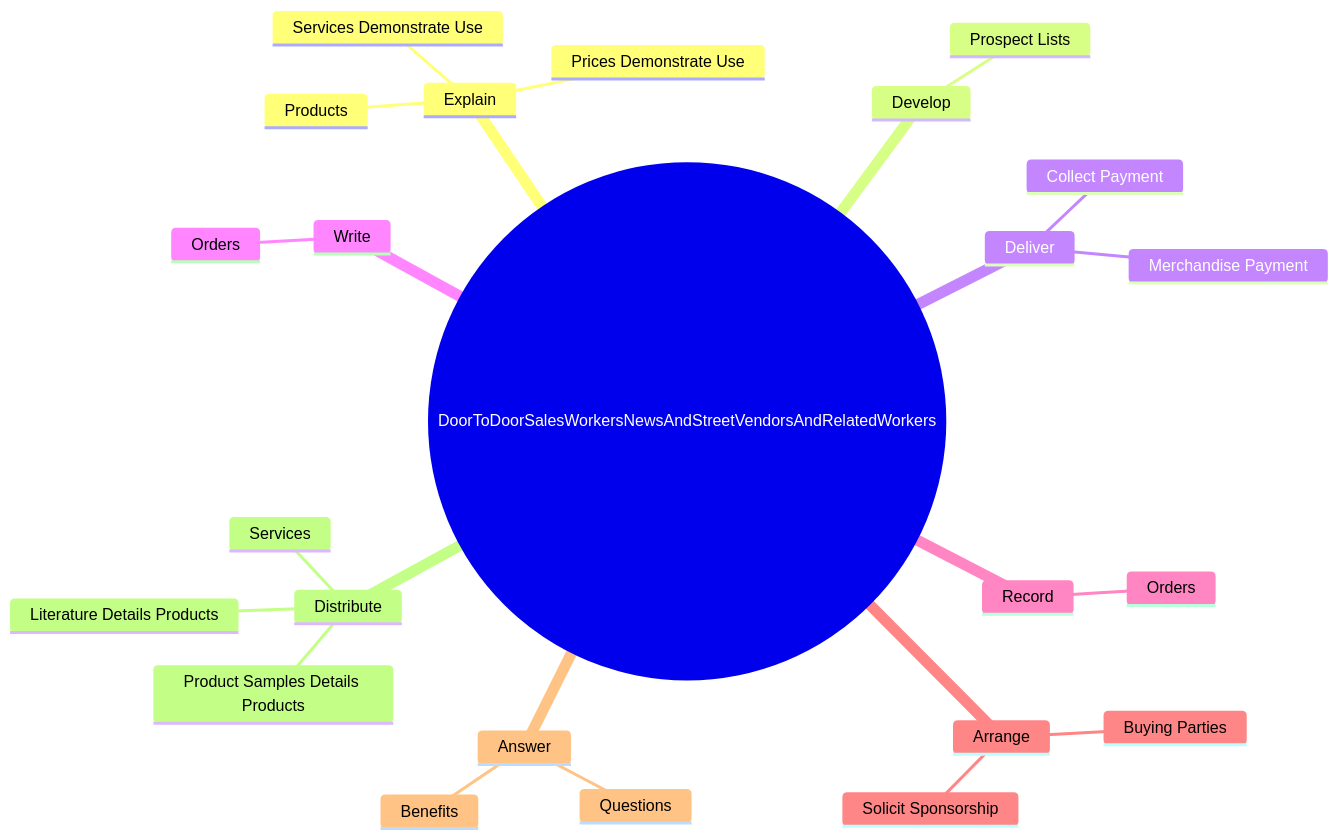
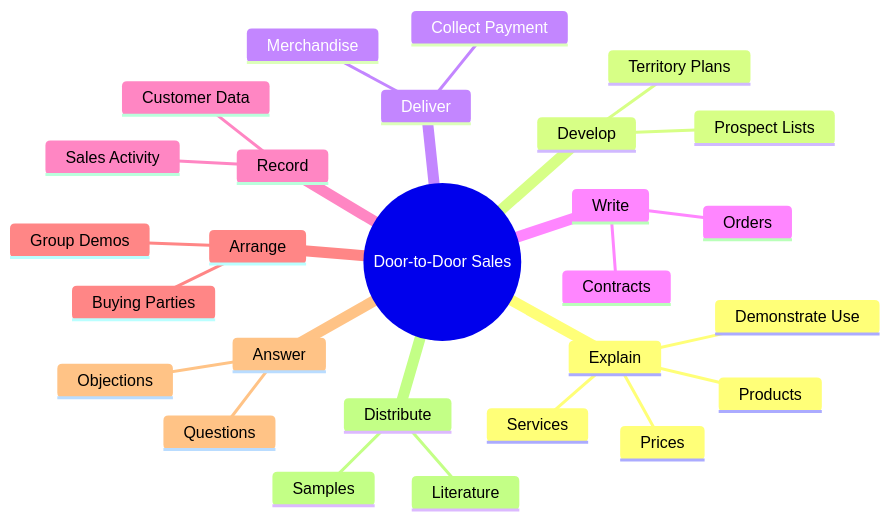
One commit to kziemski/business.org.ai changed the second of 4 diagrams in occupations/Sales/DoorToDoorSalesWorkersNewsAndStreetVendorsAndRelatedWorkers.mdx. Above: the diagram before and after it, drawn with Mermaid. The commit also changed other lines of this file and 938 other files, not shown here.

````diff
--- a/occupations/Sales/DoorToDoorSalesWorkersNewsAndStreetVendorsAndRelatedWorkers.mdx
+++ b/occupations/Sales/DoorToDoorSalesWorkersNewsAndStreetVendorsAndRelatedWorkers.mdx
@@ -37,27 +45,30 @@
 ```mermaid
 mindmap
-    root(("DoorToDoorSalesWorkersNewsAndStreetVendorsAndRelatedWorkers"))
+    root(("Door-to-Door Sales"))
         Explain
             Products
-            Services Demonstrate Use
-            Prices Demonstrate Use
+            Services
+            Prices
+            Demonstrate Use
         Develop
             Prospect Lists
+            Territory Plans
         Deliver
-            Merchandise Payment
+            Merchandise
             Collect Payment
         Write
             Orders
+            Contracts
         Record
-            Orders
+            Sales Activity
+            Customer Data
         Arrange
             Buying Parties
-            Solicit Sponsorship
+            Group Demos
         Answer
             Questions
-            Benefits
+            Objections
         Distribute
-            Product Samples Details Products
-            Services
-            Literature Details Products
+            Samples
+            Literature
 ```
````
